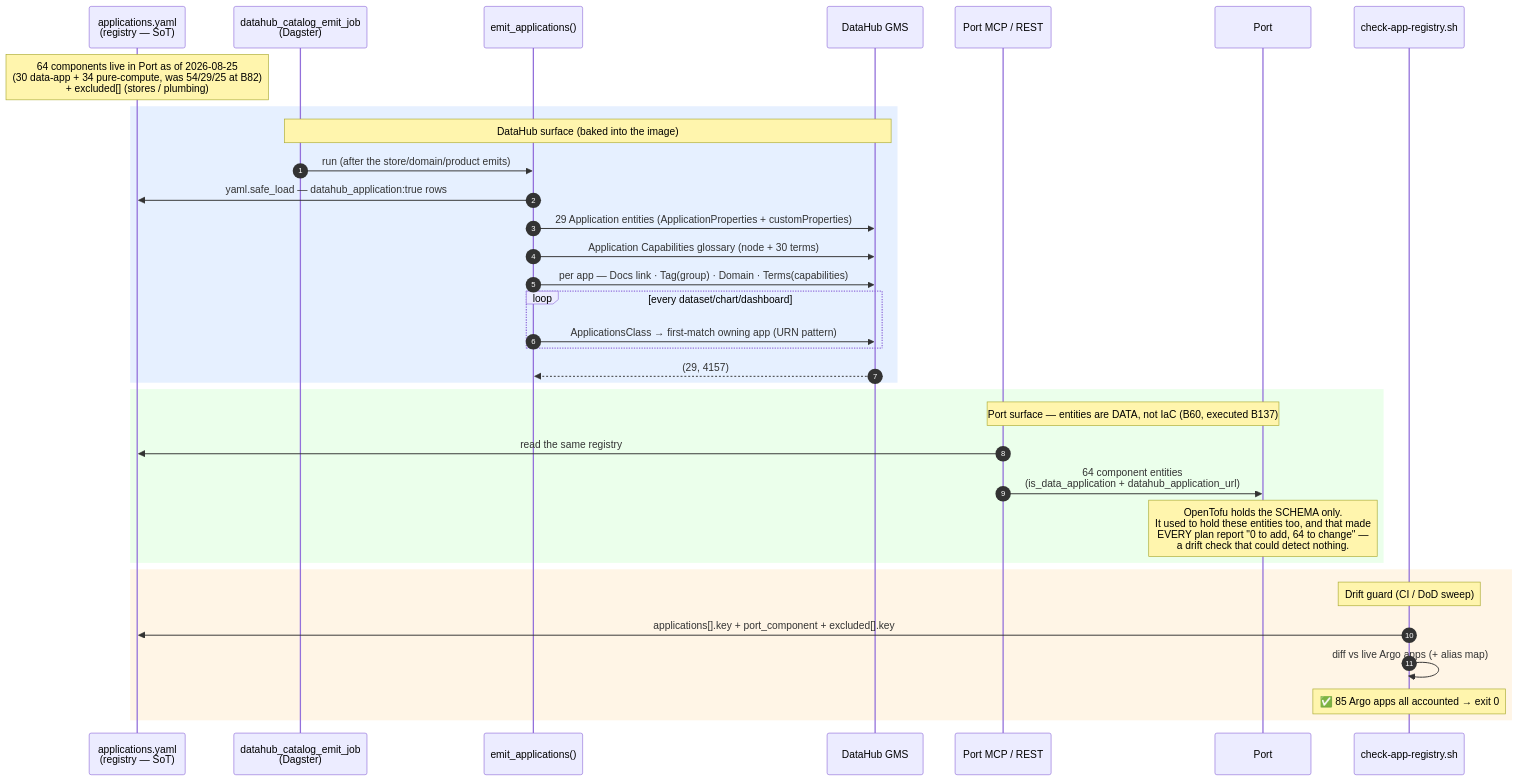
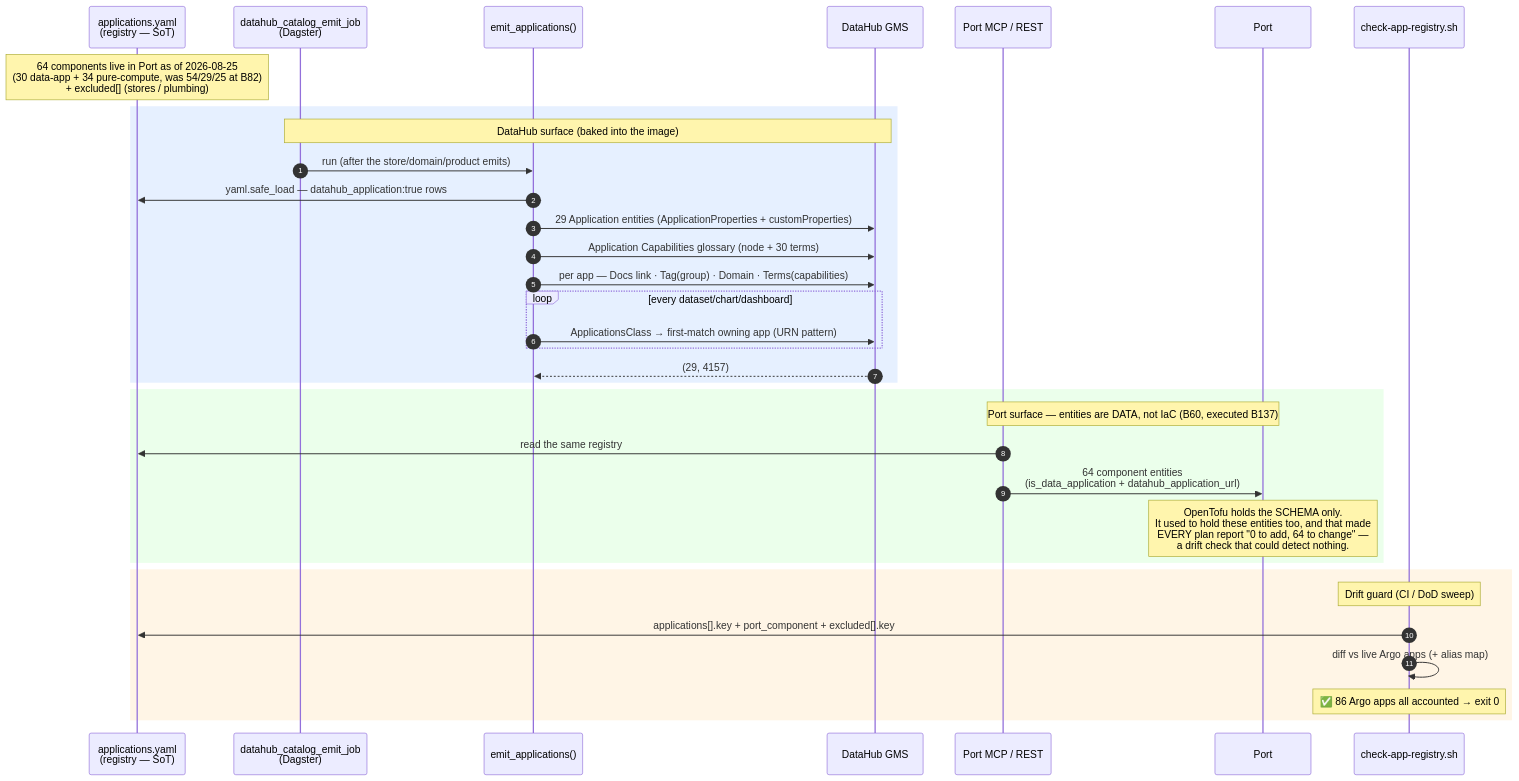
Before and after one commit to edtbl76/weyland-lab: the diagram in docs/diagrams/flow-application-taxonomy.md, drawn with Mermaid. The commit also changed 24 other files, not shown here.

````diff
--- a/docs/diagrams/flow-application-taxonomy.md
+++ b/docs/diagrams/flow-application-taxonomy.md
@@ -6,40 +6,40 @@
 ```mermaid
 sequenceDiagram
     autonumber
     participant REG as applications.yaml<br/>(registry — SoT)
     participant JOB as datahub_catalog_emit_job<br/>(Dagster)
     participant EMIT as emit_applications()
     participant GMS as DataHub GMS
     participant MCP as Port MCP / REST
     participant PORT as Port
     participant CHK as check-app-registry.sh
 
     Note over REG: 64 components live in Port as of 2026-08-25<br/>(30 data-app + 34 pure-compute, was 54/29/25 at B82)<br/>+ excluded[] (stores / plumbing)
 
     rect rgb(230,240,255)
     Note over JOB,GMS: DataHub surface (baked into the image)
     JOB->>EMIT: run (after the store/domain/product emits)
     EMIT->>REG: yaml.safe_load — datahub_application:true rows
     EMIT->>GMS: 29 Application entities (ApplicationProperties + customProperties)
     EMIT->>GMS: Application Capabilities glossary (node + 30 terms)
     EMIT->>GMS: per app — Docs link · Tag(group) · Domain · Terms(capabilities)
     loop every dataset/chart/dashboard
         EMIT->>GMS: ApplicationsClass → first-match owning app (URN pattern)
     end
     GMS-->>EMIT: (29, 4157)
     end
 
     rect rgb(235,255,235)
     Note over MCP,PORT: Port surface — entities are DATA, not IaC (B60, executed B137)
     MCP->>REG: read the same registry
     MCP->>PORT: 64 component entities<br/>(is_data_application + datahub_application_url)
     Note over PORT: OpenTofu holds the SCHEMA only.<br/>It used to hold these entities too, and that made<br/>EVERY plan report "0 to add, 64 to change" —<br/>a drift check that could detect nothing.
     end
 
     rect rgb(255,245,230)
     Note over CHK: Drift guard (CI / DoD sweep)
     CHK->>REG: applications[].key + port_component + excluded[].key
     CHK->>CHK: diff vs live Argo apps (+ alias map)
-    Note over CHK: ✅ 85 Argo apps all accounted → exit 0
+    Note over CHK: ✅ 86 Argo apps all accounted → exit 0
     end
 ```
````
